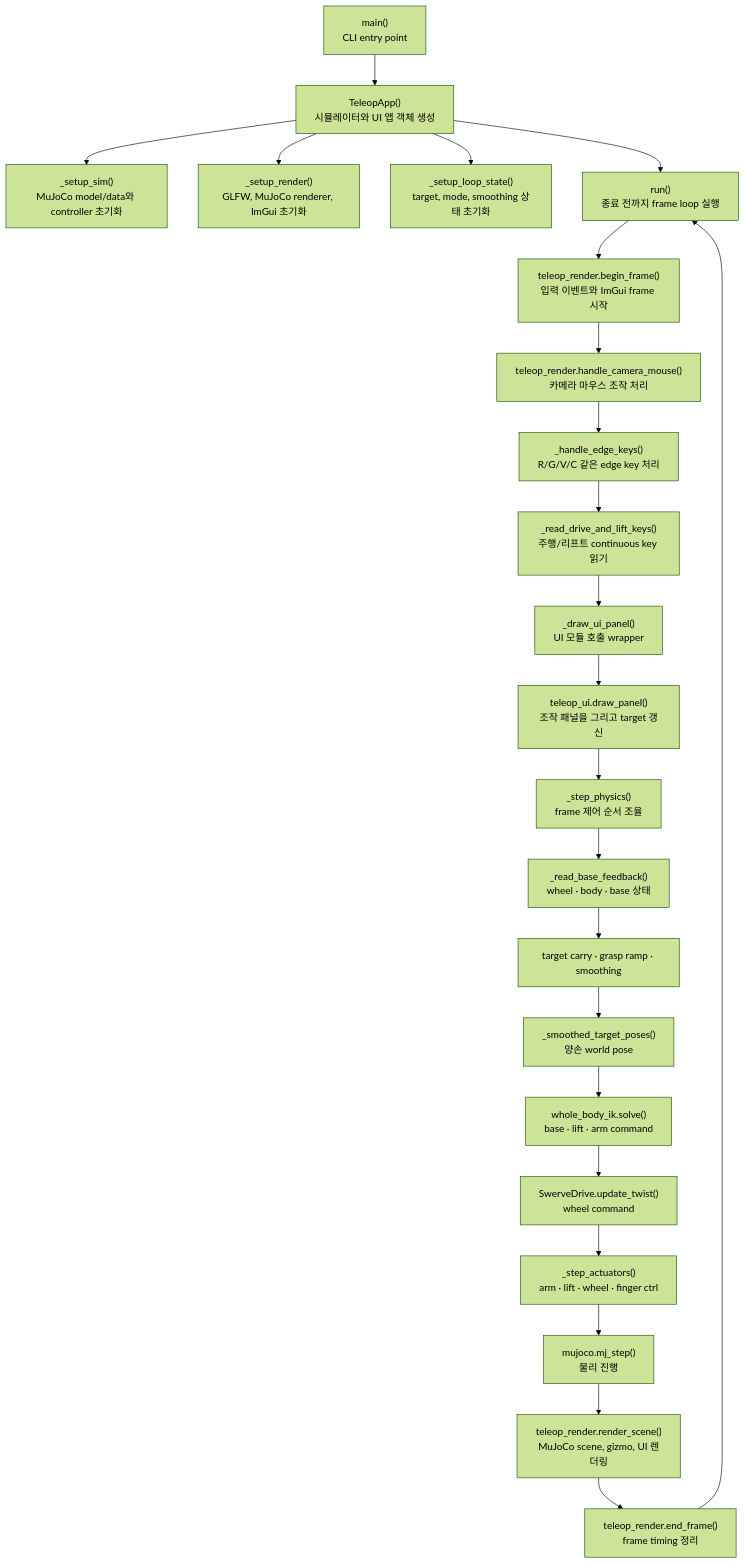
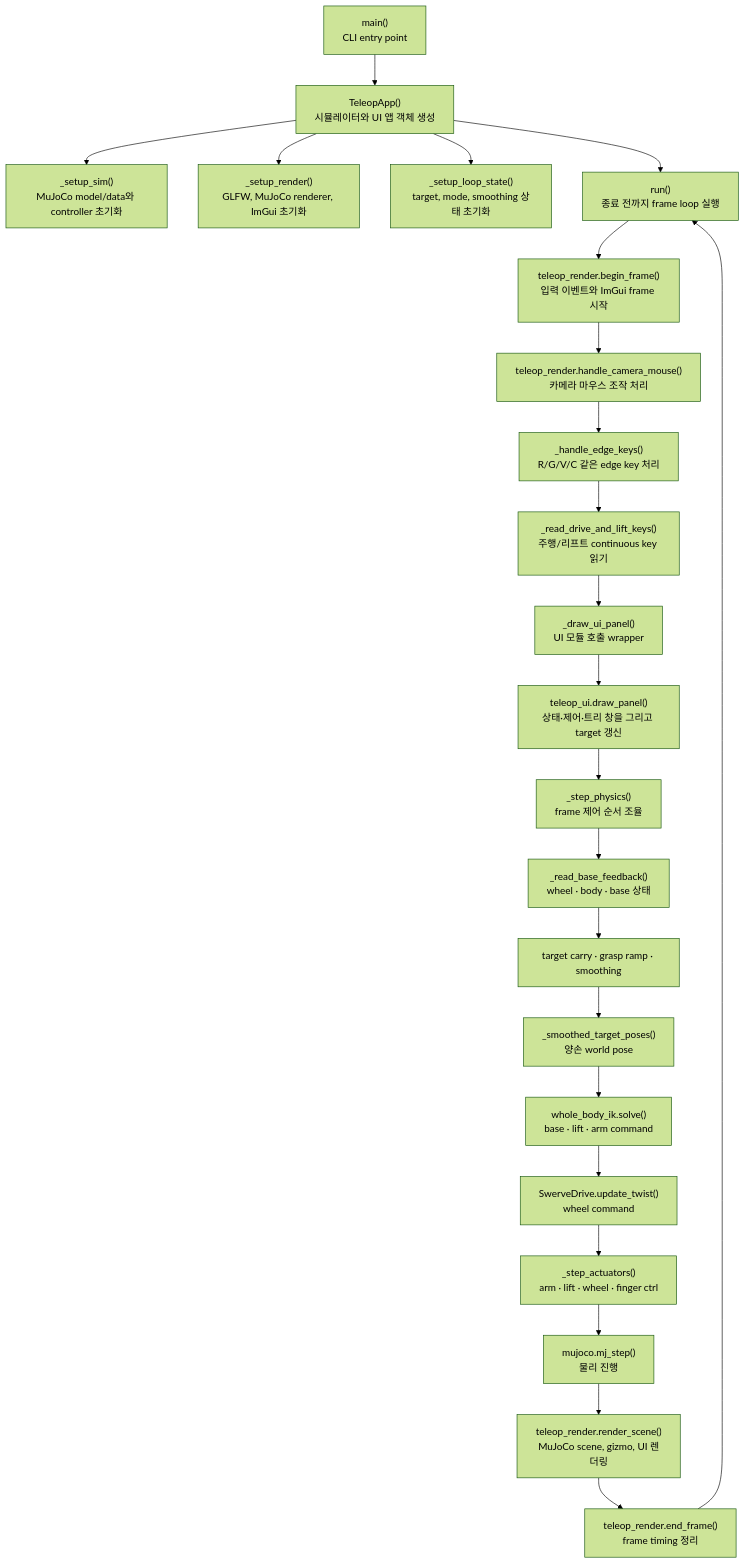
The diagram in docs/guide/teleop_app.md (ggh-png/ffw-sh5-grasp), drawn with Mermaid (forest theme) before and after one commit. The commit also changed other lines of this file and 40 other files, not shown here.

````diff
--- a/docs/guide/teleop_app.md
+++ b/docs/guide/teleop_app.md
@@ -81,25 +81,25 @@
 ```mermaid
 flowchart TD
     A["main()<br>CLI entry point"] --> B["TeleopApp()<br>시뮬레이터와 UI 앱 객체 생성"]
     B --> C["_setup_sim()<br>MuJoCo model/data와 controller 초기화"]
     B --> D["_setup_render()<br>GLFW, MuJoCo renderer, ImGui 초기화"]
     B --> E["_setup_loop_state()<br>target, mode, smoothing 상태 초기화"]
     B --> F["run()<br>종료 전까지 frame loop 실행"]
     F --> G["teleop_render.begin_frame()<br>입력 이벤트와 ImGui frame 시작"]
     G --> H["teleop_render.handle_camera_mouse()<br>카메라 마우스 조작 처리"]
     H --> I["_handle_edge_keys()<br>R/G/V/C 같은 edge key 처리"]
     I --> J["_read_drive_and_lift_keys()<br>주행/리프트 continuous key 읽기"]
     J --> K["_draw_ui_panel()<br>UI 모듈 호출 wrapper"]
-    K --> L["teleop_ui.draw_panel()<br>조작 패널을 그리고 target 갱신"]
+    K --> L["teleop_ui.draw_panel()<br>상태·제어·트리 창을 그리고 target 갱신"]
     L --> M["_step_physics()<br>frame 제어 순서 조율"]
     M --> N["_read_base_feedback()<br>wheel · body · base 상태"]
     N --> O["target carry · grasp ramp · smoothing"]
     O --> P["_smoothed_target_poses()<br>양손 world pose"]
     P --> Q["whole_body_ik.solve()<br>base · lift · arm command"]
     Q --> R["SwerveDrive.update_twist()<br>wheel command"]
     R --> S["_step_actuators()<br>arm · lift · wheel · finger ctrl"]
     S --> V["mujoco.mj_step()<br>물리 진행"]
     V --> T["teleop_render.render_scene()<br>MuJoCo scene, gizmo, UI 렌더링"]
     T --> U["teleop_render.end_frame()<br>frame timing 정리"]
     U --> F
 ```
````
